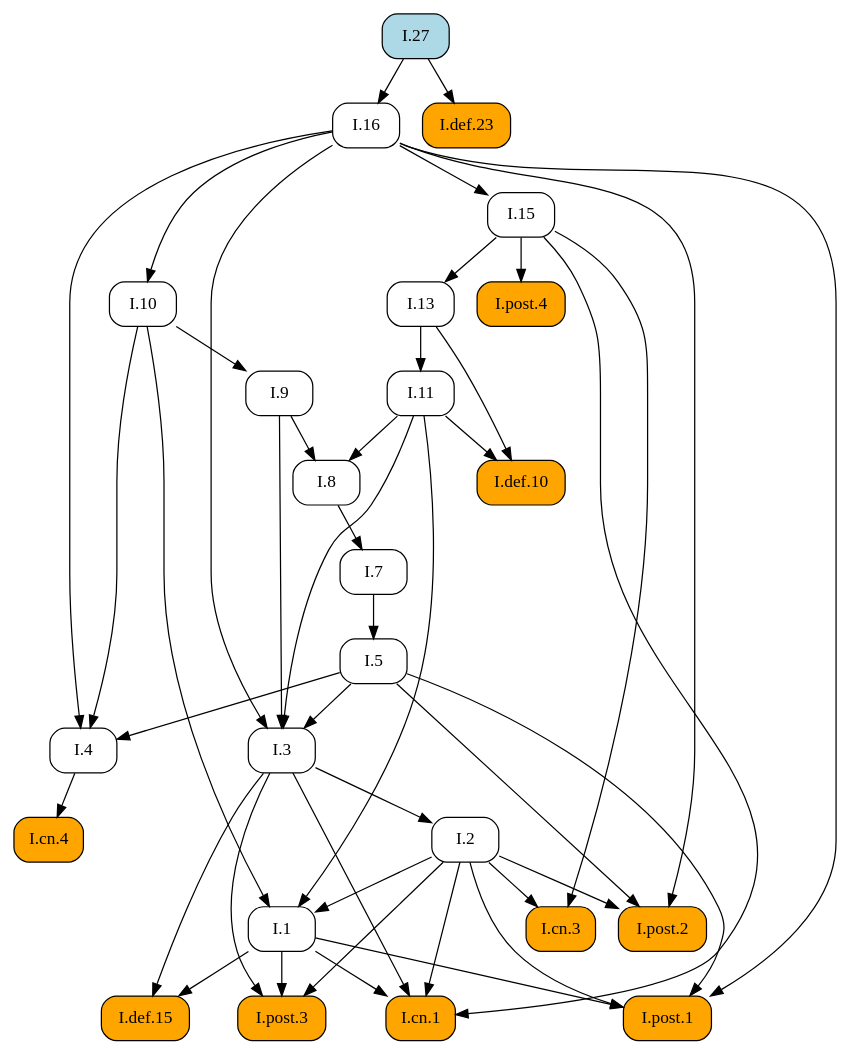
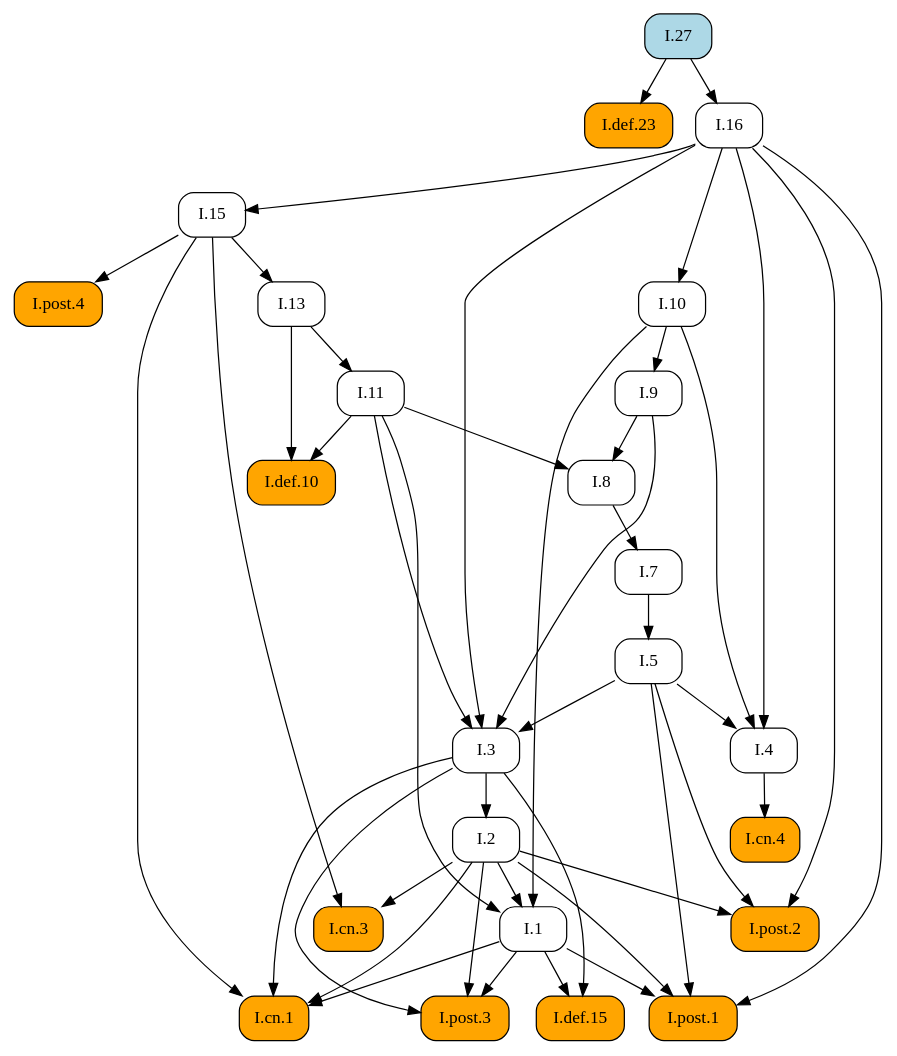
Before and after one commit to geometor/elements: the diagram in docsrc/elements2/I/27/index.rst, drawn with Graphviz. The commit also changed other lines of this file and 409 other files, not shown here.

First line of the commit message:
feat: Add image cropping and graphic extraction script

```diff
--- a/docsrc/elements2/I/27/index.rst
+++ b/docsrc/elements2/I/27/index.rst
@@ -84,74 +84,74 @@
 .. graphviz::
 
    digraph {
      rankdir="TB";
      node [shape=box, style=rounded];
+     "I.def.15" [style="rounded,filled", fillcolor=orange, URL="/elements2/I/def.15/", target="_top"];
+     "I.def.10" [style="rounded,filled", fillcolor=orange, URL="/elements2/I/def.10/", target="_top"];
+     "I.def.23" [style="rounded,filled", fillcolor=orange, URL="/elements2/I/def.23/", target="_top"];
+     "I.11" [URL="/elements2/I/11/", target="_top"];
      "I.8" [URL="/elements2/I/8/", target="_top"];
-     "I.1" [URL="/elements2/I/1/", target="_top"];
+     "I.15" [URL="/elements2/I/15/", target="_top"];
+     "I.5" [URL="/elements2/I/5/", target="_top"];
+     "I.3" [URL="/elements2/I/3/", target="_top"];
+     "I.10" [URL="/elements2/I/10/", target="_top"];
      "I.cn.3" [style="rounded,filled", fillcolor=orange, URL="/elements2/I/cn.3/", target="_top"];
-     "I.cn.4" [style="rounded,filled", fillcolor=orange, URL="/elements2/I/cn.4/", target="_top"];
+     "I.cn.1" [style="rounded,filled", fillcolor=orange, URL="/elements2/I/cn.1/", target="_top"];
+     "I.13" [URL="/elements2/I/13/", target="_top"];
+     "I.post.3" [style="rounded,filled", fillcolor=orange, URL="/elements2/I/post.3/", target="_top"];
+     "I.4" [URL="/elements2/I/4/", target="_top"];
      "I.7" [URL="/elements2/I/7/", target="_top"];
+     "I.9" [URL="/elements2/I/9/", target="_top"];
+     "I.16" [URL="/elements2/I/16/", target="_top"];
      "I.post.1" [style="rounded,filled", fillcolor=orange, URL="/elements2/I/post.1/", target="_top"];
-     "I.9" [URL="/elements2/I/9/", target="_top"];
-     "I.5" [URL="/elements2/I/5/", target="_top"];
-     "I.cn.1" [style="rounded,filled", fillcolor=orange, URL="/elements2/I/cn.1/", target="_top"];
-     "I.post.4" [style="rounded,filled", fillcolor=orange, URL="/elements2/I/post.4/", target="_top"];
-     "I.def.10" [style="rounded,filled", fillcolor=orange, URL="/elements2/I/def.10/", target="_top"];
-     "I.16" [URL="/elements2/I/16/", target="_top"];
-     "I.13" [URL="/elements2/I/13/", target="_top"];
      "I.2" [URL="/elements2/I/2/", target="_top"];
      "I.27" [style="rounded,filled", fillcolor=lightblue, URL="/elements2/I/27/", target="_top"];
-     "I.def.15" [style="rounded,filled", fillcolor=orange, URL="/elements2/I/def.15/", target="_top"];
-     "I.4" [URL="/elements2/I/4/", target="_top"];
-     "I.11" [URL="/elements2/I/11/", target="_top"];
-     "I.10" [URL="/elements2/I/10/", target="_top"];
-     "I.15" [URL="/elements2/I/15/", target="_top"];
-     "I.3" [URL="/elements2/I/3/", target="_top"];
-     "I.def.23" [style="rounded,filled", fillcolor=orange, URL="/elements2/I/def.23/", target="_top"];
+     "I.1" [URL="/elements2/I/1/", target="_top"];
+     "I.post.4" [style="rounded,filled", fillcolor=orange, URL="/elements2/I/post.4/", target="_top"];
+     "I.cn.4" [style="rounded,filled", fillcolor=orange, URL="/elements2/I/cn.4/", target="_top"];
      "I.post.2" [style="rounded,filled", fillcolor=orange, URL="/elements2/I/post.2/", target="_top"];
-     "I.post.3" [style="rounded,filled", fillcolor=orange, URL="/elements2/I/post.3/", target="_top"];
+     "I.1" -> "I.def.15";
+     "I.3" -> "I.def.15";
+     "I.11" -> "I.def.10";
+     "I.13" -> "I.def.10";
+     "I.27" -> "I.def.23";
+     "I.13" -> "I.11";
      "I.9" -> "I.8";
      "I.11" -> "I.8";
-     "I.2" -> "I.1";
-     "I.10" -> "I.1";
-     "I.11" -> "I.1";
+     "I.16" -> "I.15";
+     "I.7" -> "I.5";
+     "I.5" -> "I.3";
+     "I.9" -> "I.3";
+     "I.11" -> "I.3";
+     "I.16" -> "I.3";
+     "I.16" -> "I.10";
      "I.2" -> "I.cn.3";
      "I.15" -> "I.cn.3";
-     "I.4" -> "I.cn.4";
+     "I.1" -> "I.cn.1";
+     "I.2" -> "I.cn.1";
+     "I.3" -> "I.cn.1";
+     "I.15" -> "I.cn.1";
+     "I.15" -> "I.13";
+     "I.1" -> "I.post.3";
+     "I.2" -> "I.post.3";
+     "I.3" -> "I.post.3";
+     "I.5" -> "I.4";
+     "I.10" -> "I.4";
+     "I.16" -> "I.4";
      "I.8" -> "I.7";
+     "I.10" -> "I.9";
+     "I.27" -> "I.16";
      "I.1" -> "I.post.1";
      "I.2" -> "I.post.1";
      "I.5" -> "I.post.1";
      "I.16" -> "I.post.1";
-     "I.10" -> "I.9";
-     "I.7" -> "I.5";
-     "I.1" -> "I.cn.1";
-     "I.2" -> "I.cn.1";
-     "I.3" -> "I.cn.1";
-     "I.15" -> "I.cn.1";
+     "I.3" -> "I.2";
+     "I.2" -> "I.1";
+     "I.10" -> "I.1";
+     "I.11" -> "I.1";
      "I.15" -> "I.post.4";
-     "I.11" -> "I.def.10";
-     "I.13" -> "I.def.10";
-     "I.27" -> "I.16";
-     "I.15" -> "I.13";
-     "I.3" -> "I.2";
-     "I.1" -> "I.def.15";
-     "I.3" -> "I.def.15";
-     "I.5" -> "I.4";
-     "I.10" -> "I.4";
-     "I.16" -> "I.4";
-     "I.13" -> "I.11";
-     "I.16" -> "I.10";
-     "I.16" -> "I.15";
-     "I.5" -> "I.3";
-     "I.9" -> "I.3";
-     "I.11" -> "I.3";
-     "I.16" -> "I.3";
-     "I.27" -> "I.def.23";
+     "I.4" -> "I.cn.4";
      "I.2" -> "I.post.2";
      "I.5" -> "I.post.2";
      "I.16" -> "I.post.2";
-     "I.1" -> "I.post.3";
-     "I.2" -> "I.post.3";
-     "I.3" -> "I.post.3";
    }
```
